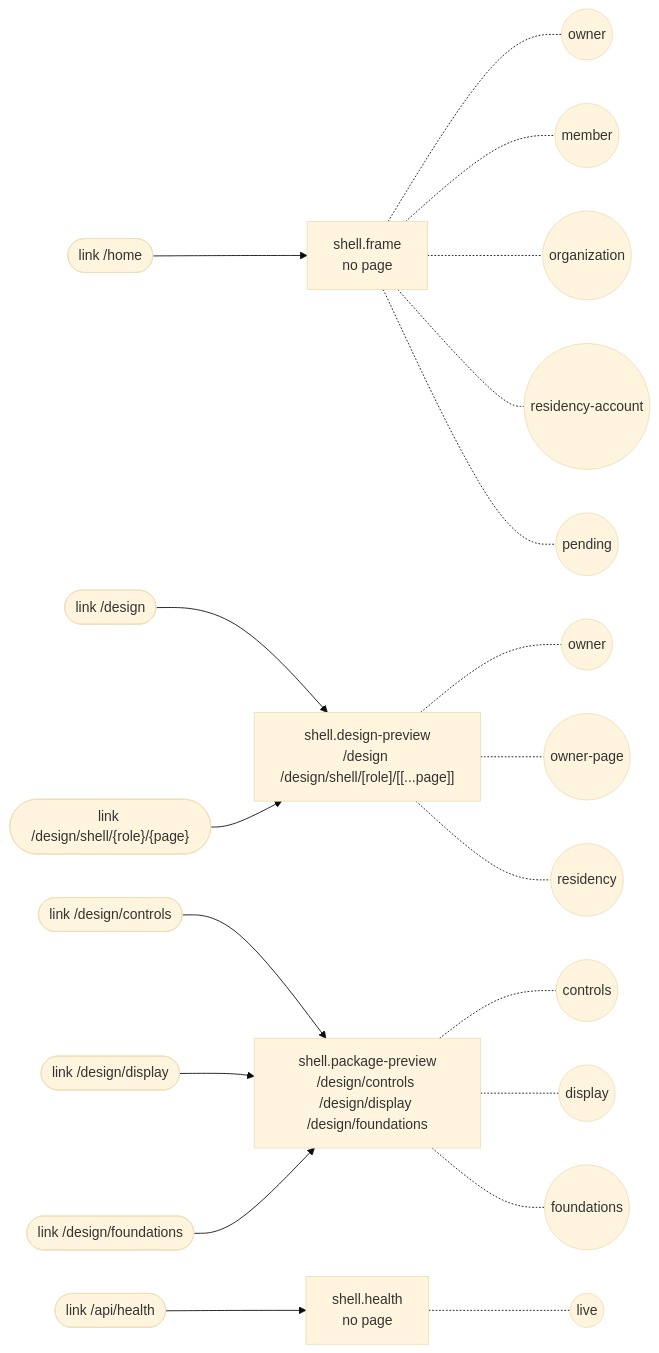
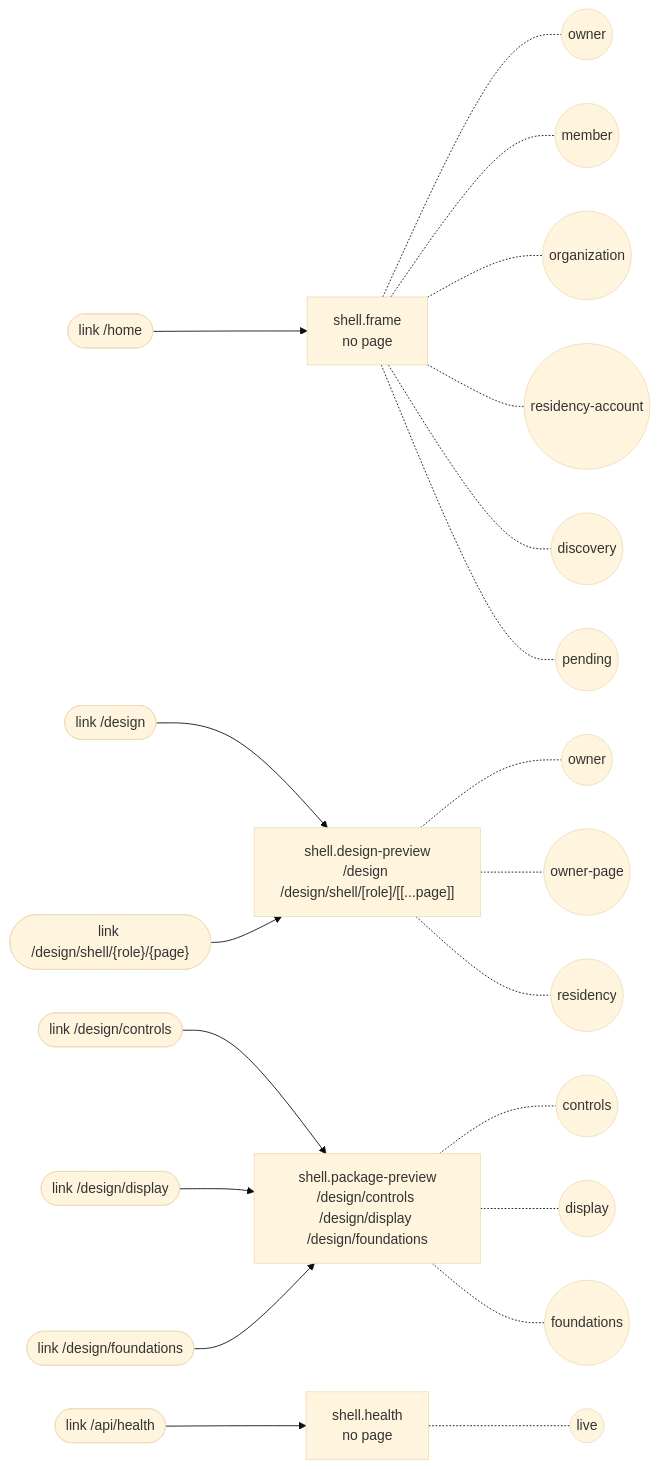
The diagram in docs/feature-maps/shell.md (SebastianGarces/everyfield), drawn with Mermaid (base theme) before and after one commit. The commit also changed other lines of this file and 170 other files, not shown here.

````diff
--- a/docs/feature-maps/shell.md
+++ b/docs/feature-maps/shell.md
@@ -6,33 +6,34 @@
 ```mermaid
 flowchart LR
   s0_link0(["link /home"])
   s1_link0(["link /design"])
   s1_link1(["link /design/shell/{role}/{page}"])
   s2_link0(["link /design/controls"])
   s2_link1(["link /design/display"])
   s2_link2(["link /design/foundations"])
   s3_link0(["link /api/health"])
   s0["shell.frame<br/>no page"]
   s0_link0 --> s0
   s0 -.- s0_st0(("owner"))
   s0 -.- s0_st1(("member"))
   s0 -.- s0_st2(("organization"))
   s0 -.- s0_st3(("residency-account"))
-  s0 -.- s0_st4(("pending"))
+  s0 -.- s0_st4(("discovery"))
+  s0 -.- s0_st5(("pending"))
   s1["shell.design-preview<br/>/design /design/shell/[role]/[[...page]]"]
   s1_link0 --> s1
   s1_link1 --> s1
   s1 -.- s1_st0(("owner"))
   s1 -.- s1_st1(("owner-page"))
   s1 -.- s1_st2(("residency"))
   s2["shell.package-preview<br/>/design/controls /design/display /design/foundations"]
   s2_link0 --> s2
   s2_link1 --> s2
   s2_link2 --> s2
   s2 -.- s2_st0(("controls"))
   s2 -.- s2_st1(("display"))
   s2 -.- s2_st2(("foundations"))
   s3["shell.health<br/>no page"]
   s3_link0 --> s3
   s3 -.- s3_st0(("live"))
 ```
````
